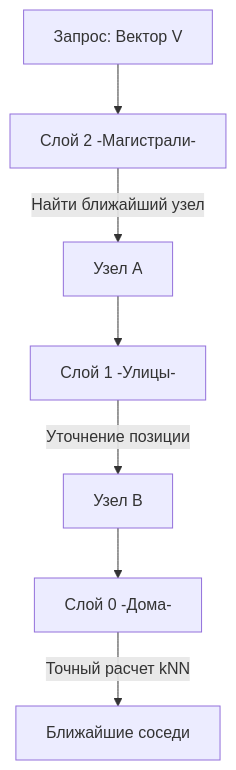
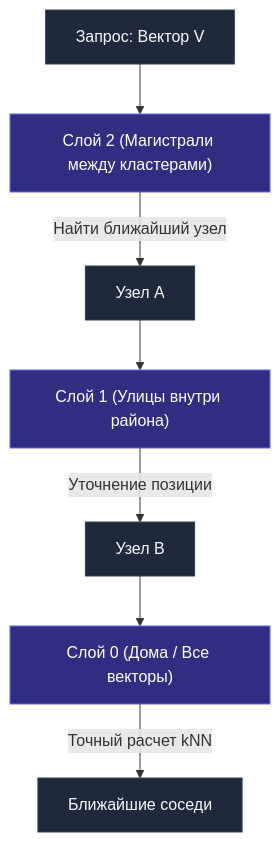
Before and after one commit to UnrealTemplier/go-textbook: the second of 2 diagrams in sources/12. Базы данных/09. NoSQL базы/14. Векторные базы данных.md, drawn with Mermaid. The commit also changed other lines of this file, not shown here.

````diff
--- a/sources/12. Базы данных/09. NoSQL базы/14. Векторные базы данных.md
+++ b/sources/12. Базы данных/09. NoSQL базы/14. Векторные базы данных.md
@@ -50,9 +59,13 @@
 ```mermaid
 flowchart TD
-    Start["Запрос: Вектор V"] --> Layer2["Слой 2 -Магистрали-"]
+    Start["Запрос: Вектор V"] --> Layer2["Слой 2 (Магистрали между кластерами)"]
     Layer2 -->|"Найти ближайший узел"| NodeA["Узел A"]
-    NodeA --> Layer1["Слой 1 -Улицы-"]
+    NodeA --> Layer1["Слой 1 (Улицы внутри района)"]
     Layer1 -->|"Уточнение позиции"| NodeB["Узел B"]
-    NodeB --> Layer0["Слой 0 -Дома-"]
+    NodeB --> Layer0["Слой 0 (Дома / Все векторы)"]
     Layer0 -->|"Точный расчет kNN"| Result["Ближайшие соседи"]
+
+    classDef default fill:#1e293b,stroke:#334155,color:#f8fafc;
+    classDef step fill:#312e81,stroke:#6366f1,color:#ffffff;
+    class Layer2,Layer1,Layer0 step;
 ```
````
